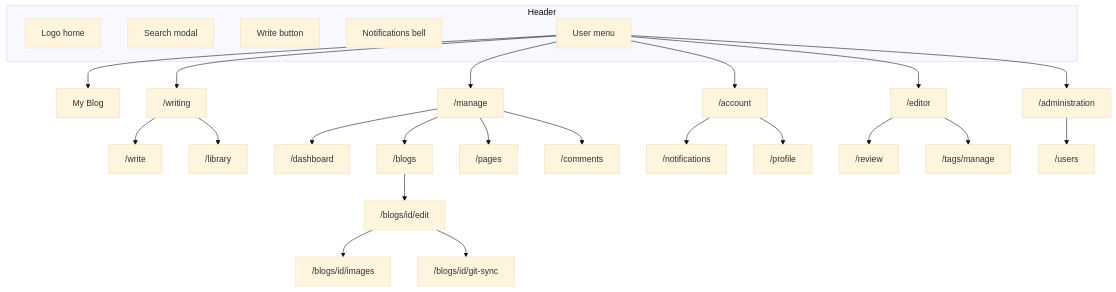
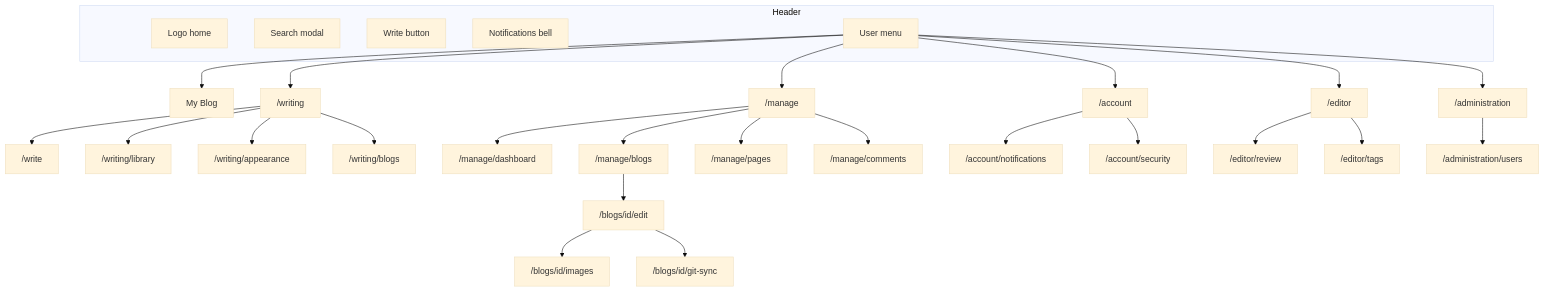
The diagram in docs/feature-catalog.md (vepo/contraponto), drawn with Mermaid (base theme) before and after one commit. The commit also changed other lines of this file and 76 other files, not shown here.

````diff
--- a/docs/feature-catalog.md
+++ b/docs/feature-catalog.md
@@ -184,30 +185,32 @@
 ```mermaid
 flowchart TD
   subgraph header [Header]
     Home[Logo home]
     Search[Search modal]
     WriteBtn[Write button]
     Badge[Notifications bell]
     Menu[User menu]
   end
   Menu --> MyBlog["My Blog"]
   Menu --> WritingHub["/writing"]
   Menu --> ManageHub["/manage"]
   Menu --> AccountHub["/account"]
   Menu --> EditorHub["/editor"]
   Menu --> AdminHub["/administration"]
   WritingHub --> Write["/write"]
-  WritingHub --> Library["/library"]
-  ManageHub --> Dashboard["/dashboard"]
-  ManageHub --> Blogs["/blogs"]
-  ManageHub --> Pages["/pages"]
-  ManageHub --> Comments["/comments"]
-  AccountHub --> Notifications["/notifications"]
-  AccountHub --> Profile["/profile"]
-  EditorHub --> Review["/review"]
-  EditorHub --> TagsManage["/tags/manage"]
-  AdminHub --> Users["/users"]
+  WritingHub --> Library["/writing/library"]
+  ManageHub --> Dashboard["/manage/dashboard"]
+  ManageHub --> Blogs["/manage/blogs"]
+  ManageHub --> Pages["/manage/pages"]
+  ManageHub --> Comments["/manage/comments"]
+  AccountHub --> Notifications["/account/notifications"]
+  AccountHub --> Security["/account/security"]
+  WritingHub --> Appearance["/writing/appearance"]
+  WritingHub --> AuthorBlogs["/writing/blogs"]
+  EditorHub --> Review["/editor/review"]
+  EditorHub --> TagsManage["/editor/tags"]
+  AdminHub --> Users["/administration/users"]
   Blogs --> BlogEdit["/blogs/id/edit"]
   BlogEdit --> Images["/blogs/id/images"]
   BlogEdit --> GitSync["/blogs/id/git-sync"]
 ```
````
